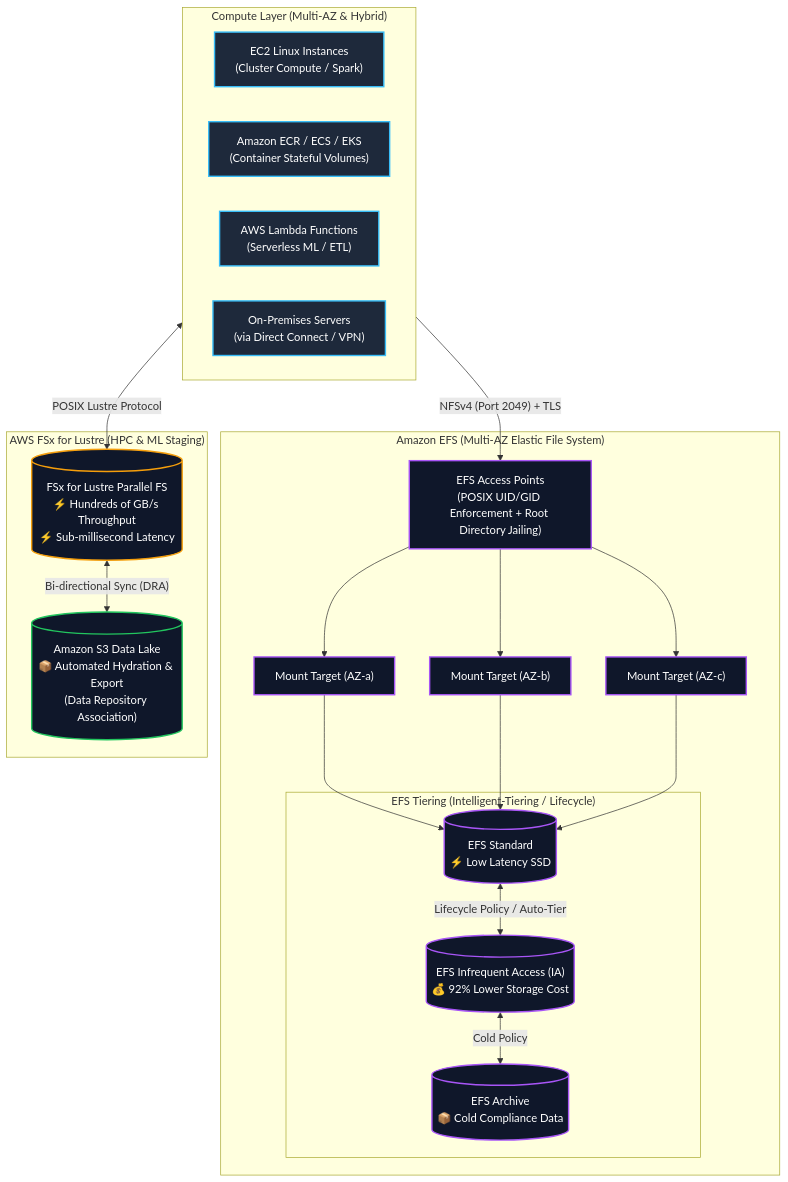
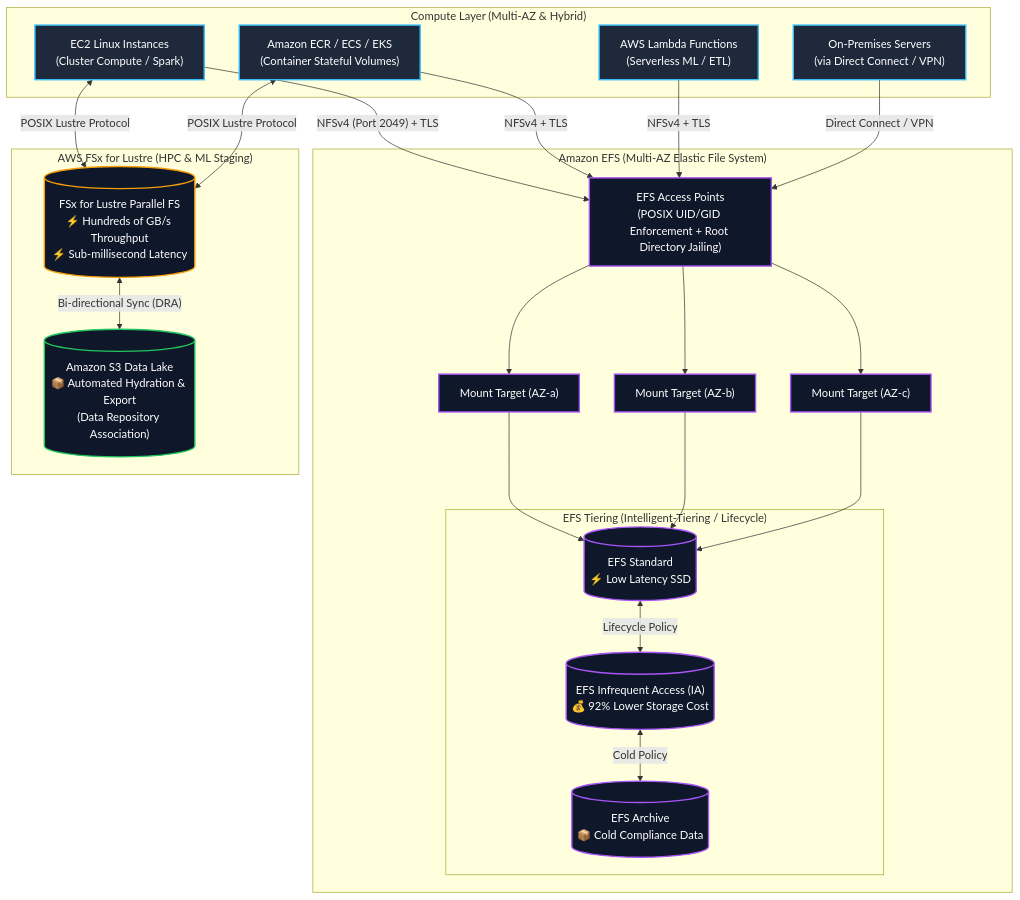
Before and after one commit to Wathon/aws-dea-c01-note: the first of 9 diagrams in content/02-services/storage/efs-and-fsx.md, drawn with Mermaid. The commit also changed other lines of this file and 5 other files, not shown here.

Commit message:
fix(mermaid): resolve reserved keyword classDef and subgraph edge endpoint parse errors

````diff
--- a/content/02-services/storage/efs-and-fsx.md
+++ b/content/02-services/storage/efs-and-fsx.md
@@ -33,45 +33,54 @@
 ```mermaid
 graph TB
     subgraph ComputeLayer["Compute Layer (Multi-AZ & Hybrid)"]
         EC2Node["EC2 Linux Instances<br/>(Cluster Compute / Spark)"]
         EKSContainers["Amazon ECR / ECS / EKS<br/>(Container Stateful Volumes)"]
         Serverless["AWS Lambda Functions<br/>(Serverless ML / ETL)"]
         OnPrem["On-Premises Servers<br/>(via Direct Connect / VPN)"]
     end
 
     subgraph EFSArch["Amazon EFS (Multi-AZ Elastic File System)"]
         AP["EFS Access Points<br/>(POSIX UID/GID Enforcement + Root Directory Jailing)"]
         MT1["Mount Target (AZ-a)"]
         MT2["Mount Target (AZ-b)"]
         MT3["Mount Target (AZ-c)"]
         
         subgraph EFSTiers["EFS Tiering (Intelligent-Tiering / Lifecycle)"]
             StandardTier[("EFS Standard<br/>⚡ Low Latency SSD")]
             IATier[("EFS Infrequent Access (IA)<br/>💰 92% Lower Storage Cost")]
             ArchiveTier[("EFS Archive<br/>📦 Cold Compliance Data")]
         end
     end
 
     subgraph FSxArch["AWS FSx for Lustre (HPC & ML Staging)"]
         LustreCluster[("FSx for Lustre Parallel FS<br/>⚡ Hundreds of GB/s Throughput<br/>⚡ Sub-millisecond Latency")]
         S3Bucket[("Amazon S3 Data Lake<br/>📦 Automated Hydration & Export<br/>(Data Repository Association)")]
     end
 
-    ComputeLayer -->|"NFSv4 (Port 2049) + TLS"| AP
-    AP --> MT1 & MT2 & MT3
-    MT1 & MT2 & MT3 --> StandardTier
-    StandardTier <-->|"Lifecycle Policy / Auto-Tier"| IATier <-->|"Cold Policy"| ArchiveTier
+    EC2Node -->|"NFSv4 (Port 2049) + TLS"| AP
+    EKSContainers -->|"NFSv4 + TLS"| AP
+    Serverless -->|"NFSv4 + TLS"| AP
+    OnPrem -->|"Direct Connect / VPN"| AP
+    AP --> MT1
+    AP --> MT2
+    AP --> MT3
+    MT1 --> StandardTier
+    MT2 --> StandardTier
+    MT3 --> StandardTier
+    StandardTier <-->|"Lifecycle Policy"| IATier
+    IATier <-->|"Cold Policy"| ArchiveTier
 
-    ComputeLayer <-->|"POSIX Lustre Protocol"| LustreCluster
+    EC2Node <-->|"POSIX Lustre Protocol"| LustreCluster
+    EKSContainers <-->|"POSIX Lustre Protocol"| LustreCluster
     LustreCluster <-->|"Bi-directional Sync (DRA)"| S3Bucket
 
     classDef compute fill:#1e293b,stroke:#38bdf8,stroke-width:2px,color:#fff;
     classDef efs fill:#0f172a,stroke:#a855f7,stroke-width:2px,color:#fff;
     classDef fsx fill:#0f172a,stroke:#f59e0b,stroke-width:2px,color:#fff;
     classDef s3 fill:#0f172a,stroke:#22c55e,stroke-width:2px,color:#fff;
 
     class EC2Node,EKSContainers,Serverless,OnPrem compute;
     class AP,MT1,MT2,MT3,StandardTier,IATier,ArchiveTier efs;
     class LustreCluster fsx;
     class S3Bucket s3;
 ```
````
